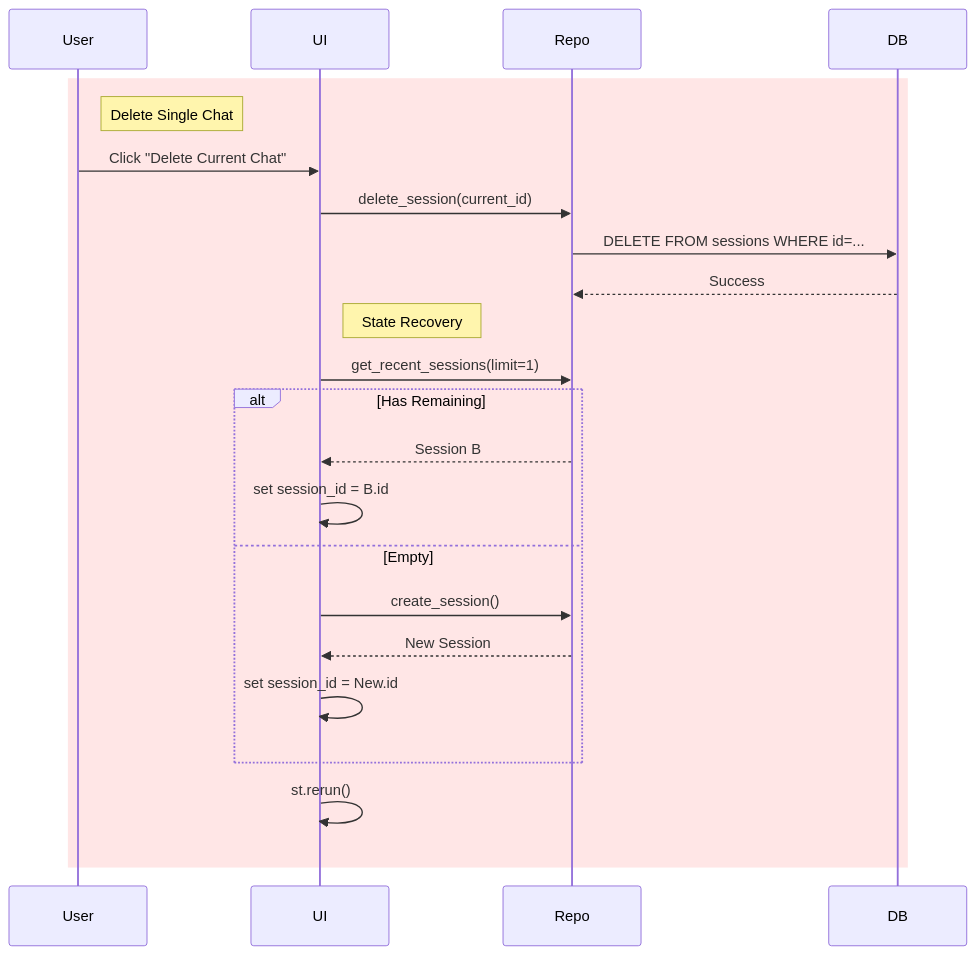
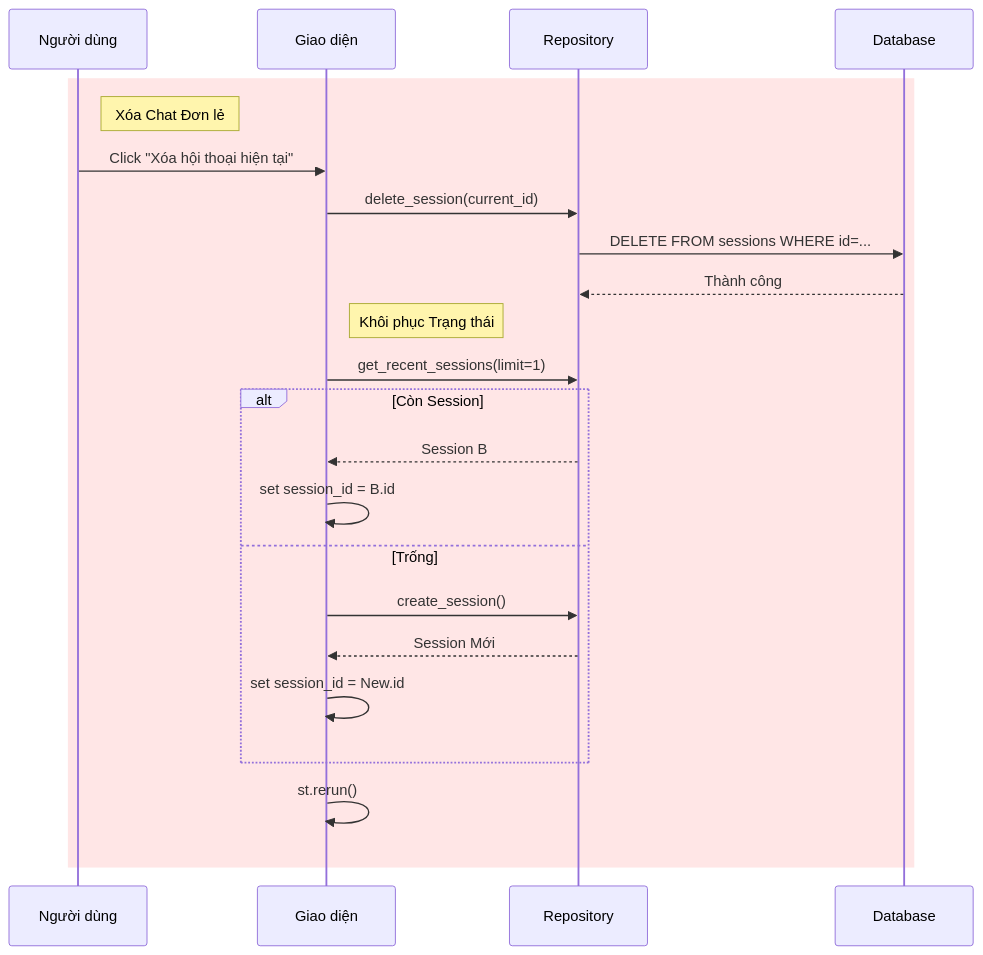
Before and after one commit to doananhhung/chat-bot-law: the diagram in docs/archive_design_notes/Designing_Delete_Feature.md, drawn with Mermaid. The commit also changed other lines of this file and 14 other files, not shown here.

First line of the commit message:
docs: enhance documentation with Mermaid diagrams and Vietnamese translation

````diff
--- a/docs/archive_design_notes/Designing_Delete_Feature.md
+++ b/docs/archive_design_notes/Designing_Delete_Feature.md
@@ -106,27 +94,27 @@
 ```mermaid
 sequenceDiagram
-    participant User
-    participant UI
-    participant Repo
-    participant DB
+    participant U as Người dùng
+    participant UI as Giao diện
+    participant Repo as Repository
+    participant DB as Database
 
     rect rgb(255, 230, 230)
-        Note right of User: Delete Single Chat
-        User->>UI: Click "Delete Current Chat"
+        Note right of U: Xóa Chat Đơn lẻ
+        U->>UI: Click "Xóa hội thoại hiện tại"
         UI->>Repo: delete_session(current_id)
         Repo->>DB: DELETE FROM sessions WHERE id=...
-        DB-->>Repo: Success
-        
-        Note right of UI: State Recovery
+        DB-->>Repo: Thành công
+
+        Note right of UI: Khôi phục Trạng thái
         UI->>Repo: get_recent_sessions(limit=1)
-        alt Has Remaining
+        alt Còn Session
             Repo-->>UI: Session B
             UI->>UI: set session_id = B.id
-        else Empty
+        else Trống
             UI->>Repo: create_session()
-            Repo-->>UI: New Session
+            Repo-->>UI: Session Mới
             UI->>UI: set session_id = New.id
         end
         UI->>UI: st.rerun()
     end
 ```
````
